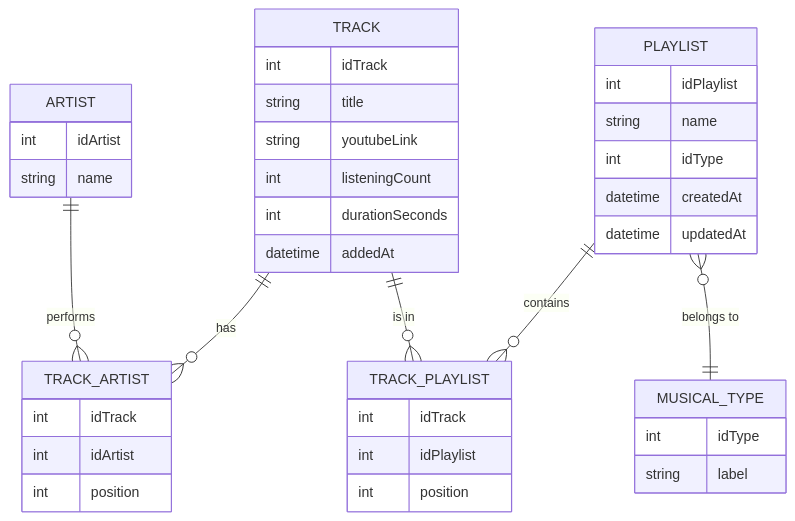
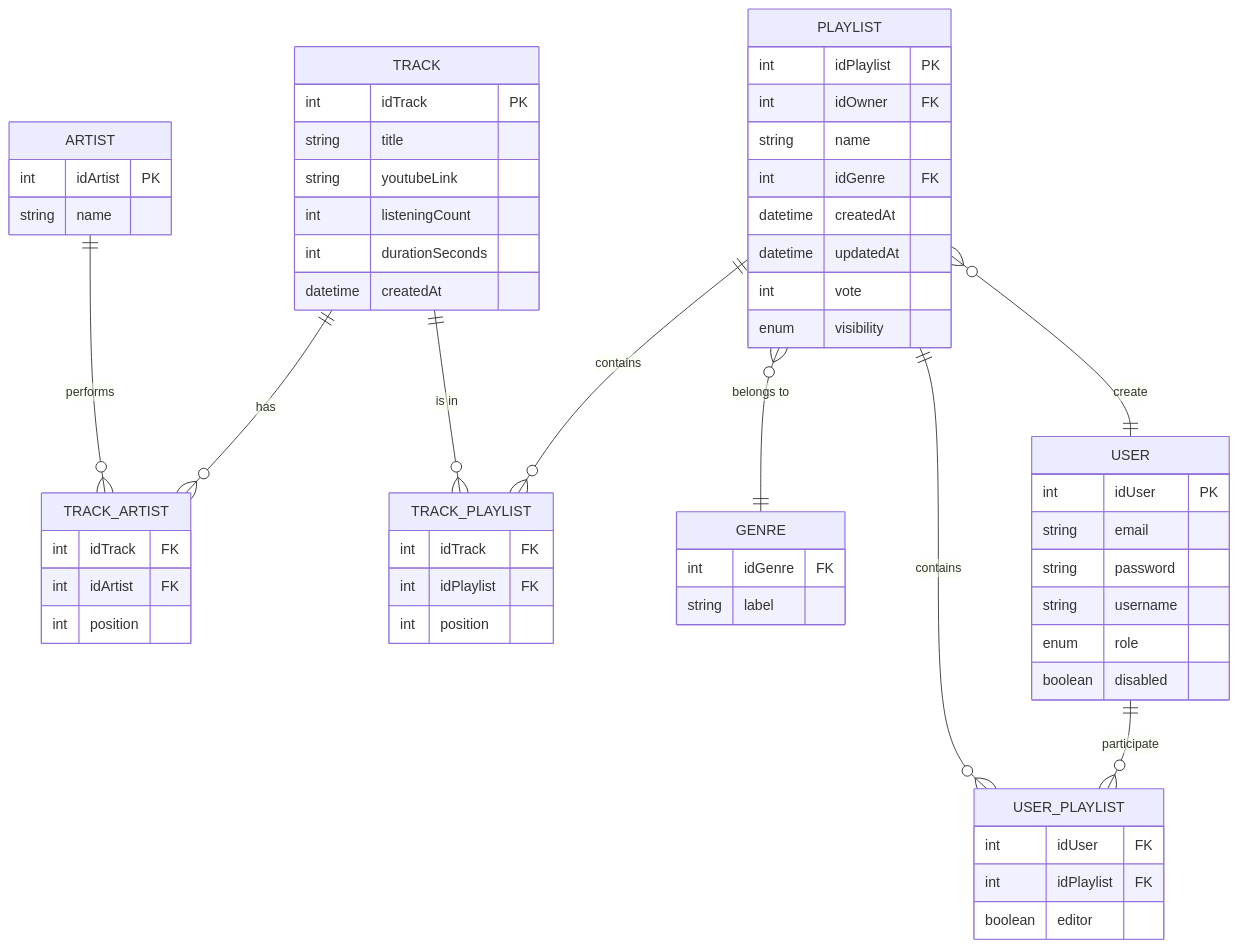
One commit to DimMarr/doremix changed the diagram in documentation/mcd.md. Above: the diagram before and after it, drawn with Mermaid.

Commit message:
first version db

````diff
--- a/documentation/mcd.md
+++ b/documentation/mcd.md
@@ -1,42 +1,61 @@
 ```mermaid
 erDiagram
     %% Relations
     TRACK ||--o{ TRACK_ARTIST : "has"
     ARTIST ||--o{ TRACK_ARTIST : "performs"
     PLAYLIST ||--o{ TRACK_PLAYLIST : "contains"
     TRACK ||--o{ TRACK_PLAYLIST : "is in"
-    PLAYLIST }o--|| MUSICAL_TYPE : "belongs to"
+    PLAYLIST }o--|| GENRE : "belongs to"
+    USER ||--o{ USER_PLAYLIST : "participate"
+    PLAYLIST ||--o{ USER_PLAYLIST : "contains"
+    PLAYLIST }o--|| USER : "create"
     TRACK {
-        int idTrack
+        int idTrack PK
         string title
         string youtubeLink
         int listeningCount
         int durationSeconds
-        datetime addedAt
+        datetime createdAt
     }
     ARTIST {
-        int idArtist
+        int idArtist PK
         string name
     }
     TRACK_ARTIST {
-        int idTrack
-        int idArtist
+        int idTrack FK
+        int idArtist FK
         int position
     }
     PLAYLIST {
-        int idPlaylist
+        int idPlaylist PK
+        int idOwner FK
         string name
-        int idType
+        int idGenre FK
         datetime createdAt
         datetime updatedAt
+        int vote
+        enum visibility
     }
-    MUSICAL_TYPE {
-        int idType
+    GENRE {
+        int idGenre FK
         string label
     }
     TRACK_PLAYLIST {
-        int idTrack
-        int idPlaylist
+        int idTrack FK
+        int idPlaylist FK
         int position
     }
+    USER {
+        int idUser PK
+        string email
+        string password
+        string username
+        enum role
+        boolean disabled
+    }
+    USER_PLAYLIST {
+        int idUser FK
+        int idPlaylist FK
+        boolean editor
+    }
 ```
````
